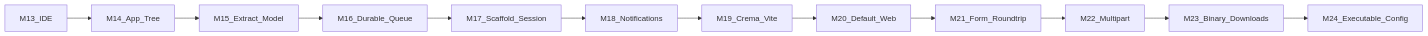
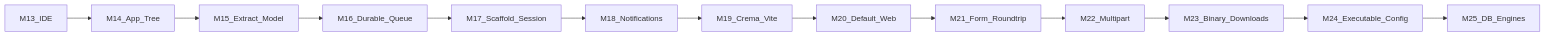
The second of 2 diagrams in MILESTONES.md (konaframework/kona), drawn with Mermaid before and after one commit. The commit also changed other lines of this file and 49 other files, not shown here.

````diff
--- a/MILESTONES.md
+++ b/MILESTONES.md
@@ -811,14 +872,15 @@
 ```mermaid
 flowchart LR
   M13[M13_IDE] --> M14[M14_App_Tree]
   M14 --> M15[M15_Extract_Model]
   M15 --> M16[M16_Durable_Queue]
   M16 --> M17[M17_Scaffold_Session]
   M17 --> M18[M18_Notifications]
   M18 --> M19[M19_Crema_Vite]
   M19 --> M20[M20_Default_Web]
   M20 --> M21[M21_Form_Roundtrip]
   M21 --> M22[M22_Multipart]
   M22 --> M23[M23_Binary_Downloads]
   M23 --> M24[M24_Executable_Config]
+  M24 --> M25[M25_DB_Engines]
 ```
````
